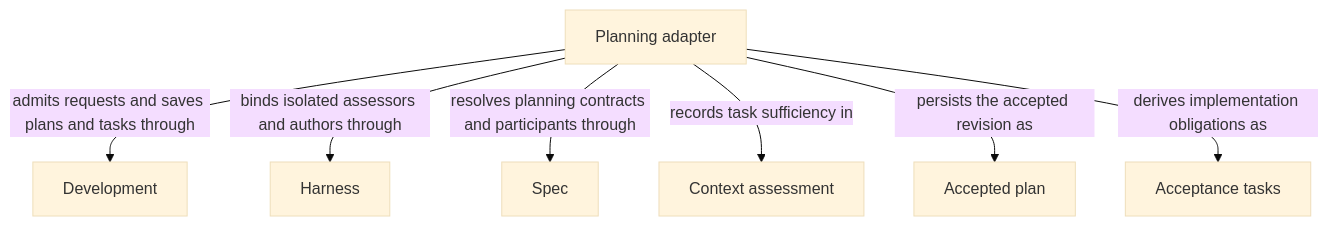
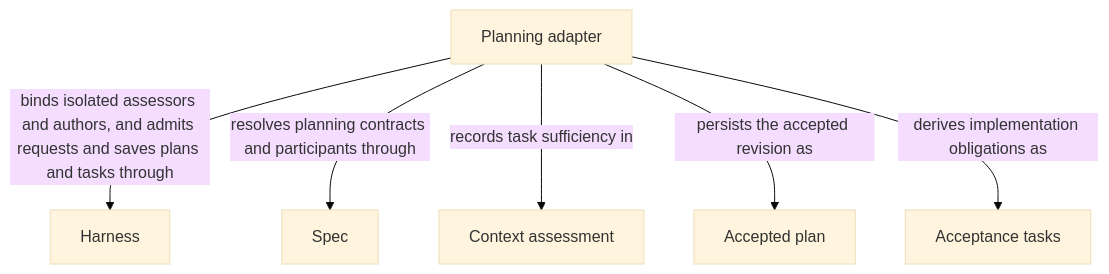
Before and after one commit to FTOD/concorde: the diagram in specs/concorde/planning/module.md, drawn with Mermaid (base theme). The commit also changed other lines of this file and 82 other files, not shown here.

````diff
--- a/specs/concorde/planning/module.md
+++ b/specs/concorde/planning/module.md
@@ -70,18 +70,16 @@
 ```mermaid
 flowchart TB
     accTitle: Planning entities and dependencies
     accDescr: Planning uses the host to save current plans and tasks, Harness to isolate assessors and authors, and Spec to resolve contracts and participants. Assessment, plans and tasks remain distinct outputs.
     e0["Planning adapter"]
-    e1["Development"]
     e2["Harness"]
     e3["Spec"]
-    e0 -->|admits requests and saves plans and tasks through| e1
-    e0 -->|binds isolated assessors and authors through| e2
+    e0 -->|binds isolated assessors and authors, and admits requests and saves plans and tasks through| e2
     e0 -->|resolves planning contracts and participants through| e3
     domain_assessment["Context assessment"]
     e0 -->|records task sufficiency in| domain_assessment
     domain_plan["Accepted plan"]
     e0 -->|persists the accepted revision as| domain_plan
     domain_tasks["Acceptance tasks"]
     e0 -->|derives implementation obligations as| domain_tasks
 ```
````
